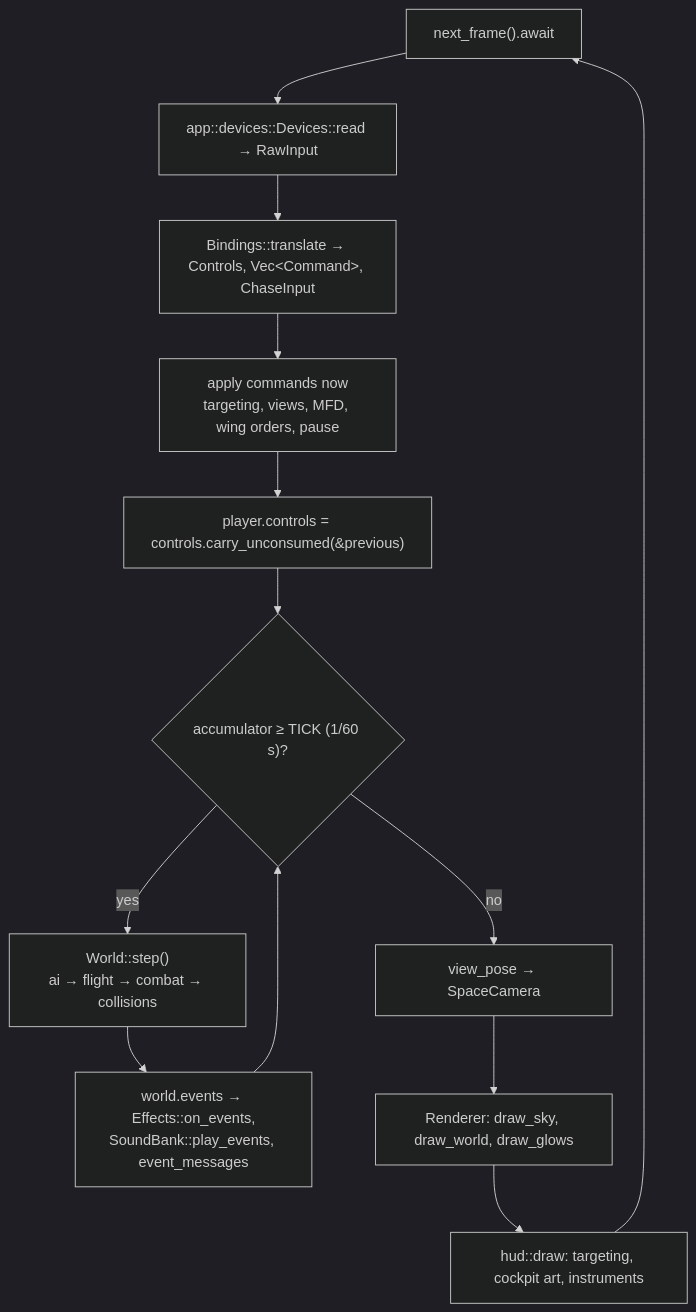
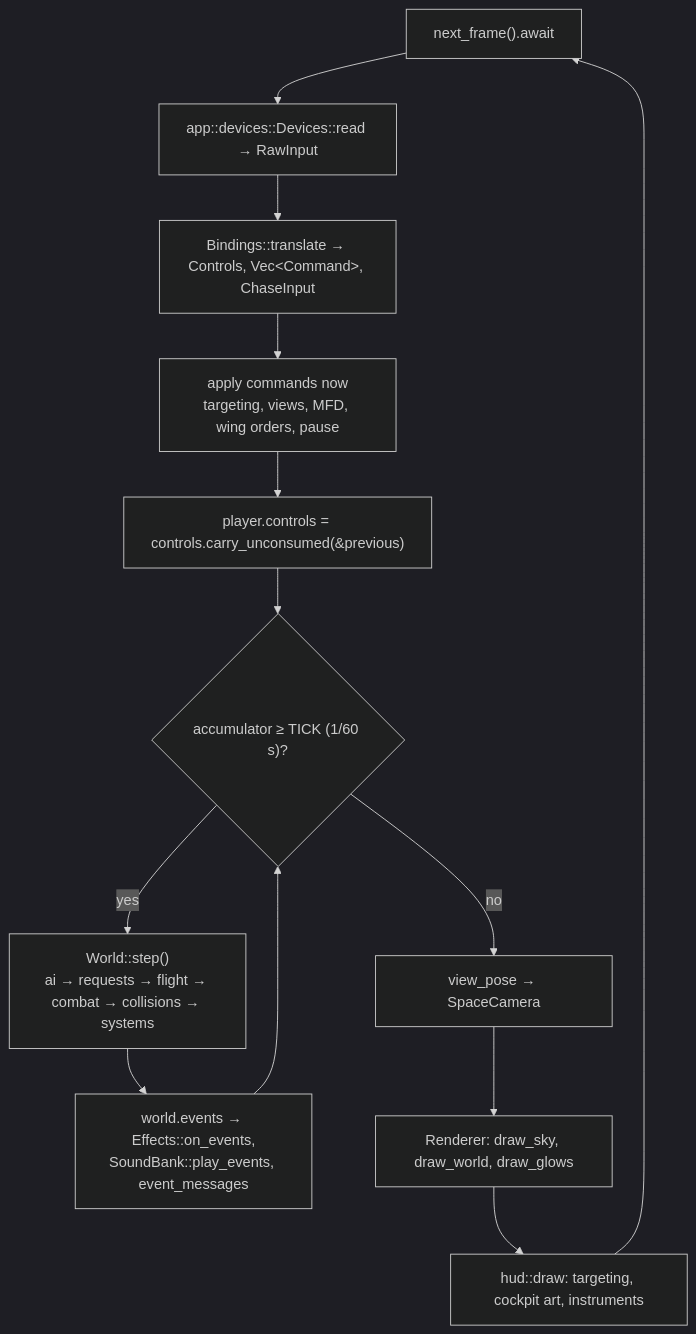
The third of 4 diagrams in docs/architecture/index.md (bbogovich/OpenInterceptor), drawn with Mermaid (dark theme) before and after one commit. The commit also changed other lines of this file and 36 other files, not shown here.

````diff
--- a/docs/architecture/index.md
+++ b/docs/architecture/index.md
@@ -88,15 +88,15 @@
 ```mermaid
 flowchart TD
     A["next_frame().await"] --> B["app::devices::Devices::read → RawInput"]
     B --> C["Bindings::translate → Controls, Vec&lt;Command&gt;, ChaseInput"]
     C --> D["apply commands now<br/>targeting, views, MFD, wing orders, pause"]
     D --> E["player.controls = controls.carry_unconsumed(&previous)"]
     E --> F{"accumulator ≥ TICK (1/60 s)?"}
-    F -->|yes| G["World::step()<br/>ai → flight → combat → collisions"]
+    F -->|yes| G["World::step()<br/>ai → requests → flight → combat → collisions → systems"]
     G --> H["world.events → Effects::on_events,<br/>SoundBank::play_events, event_messages"]
     H --> F
     F -->|no| I["view_pose → SpaceCamera"]
     I --> J["Renderer: draw_sky, draw_world, draw_glows"]
     J --> K["hud::draw: targeting, cockpit art, instruments"]
     K --> A
 ```
````
